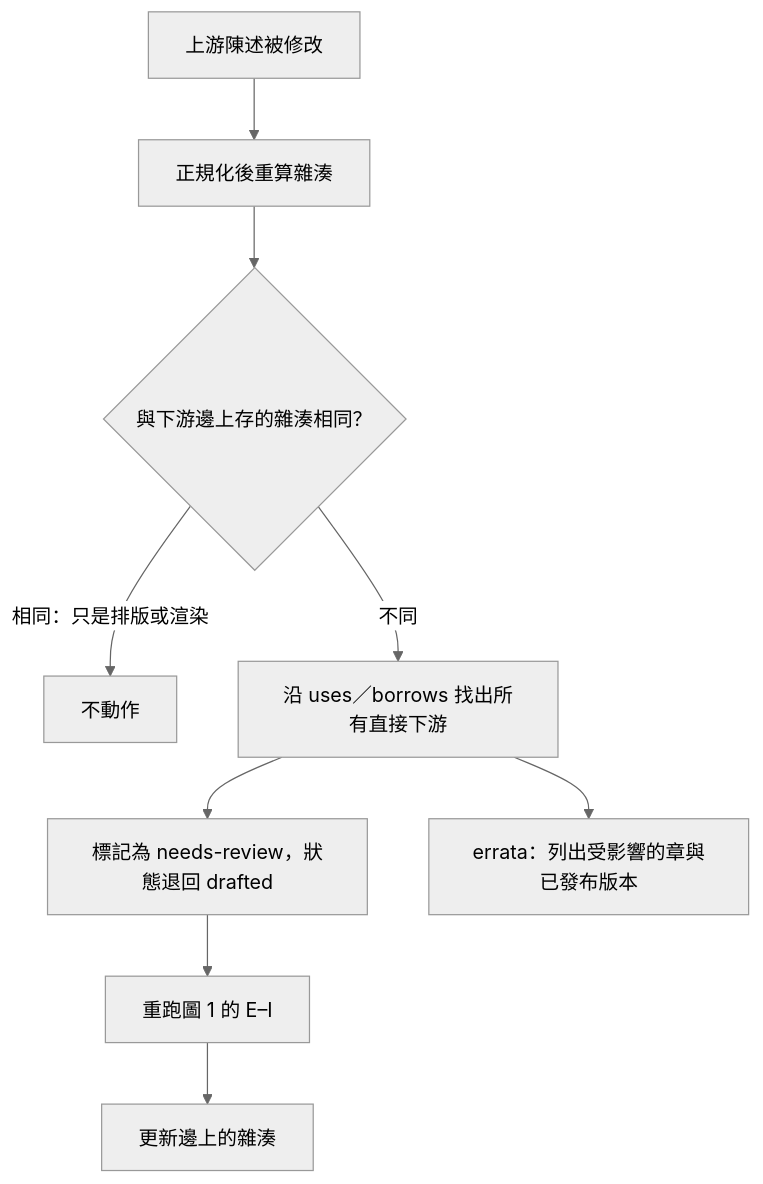
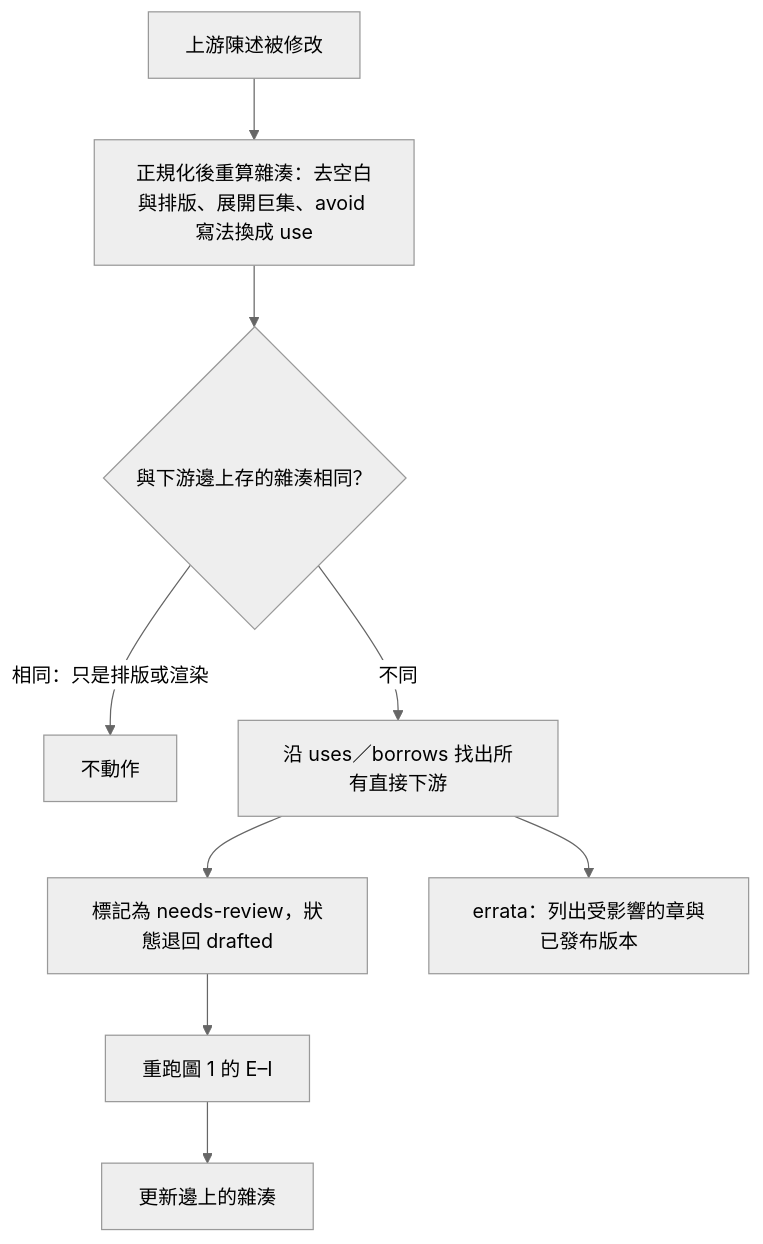
The third of 6 diagrams in spec/04-flows.md (AkizumiFox/math-atlas), drawn with Mermaid (neutral theme) before and after one commit. The commit also changed other lines of this file and 7 other files, not shown here.

````diff
--- a/spec/04-flows.md
+++ b/spec/04-flows.md
@@ -53,11 +53,11 @@
 ```mermaid
 flowchart TD
-  A[上游陳述被修改] --> B[正規化後重算雜湊]
+  A[上游陳述被修改] --> B[正規化後重算雜湊：去空白與排版、展開巨集、avoid 寫法換成 use]
   B --> C{與下游邊上存的雜湊相同？}
   C -- 相同：只是排版或渲染 --> Z[不動作]
   C -- 不同 --> D[沿 uses／borrows 找出所有直接下游]
   D --> E[標記為 needs-review，狀態退回 drafted]
   E --> F[重跑圖 1 的 E–I]
   F --> G[更新邊上的雜湊]
   D --> H[errata：列出受影響的章與已發布版本]
 ```
````
